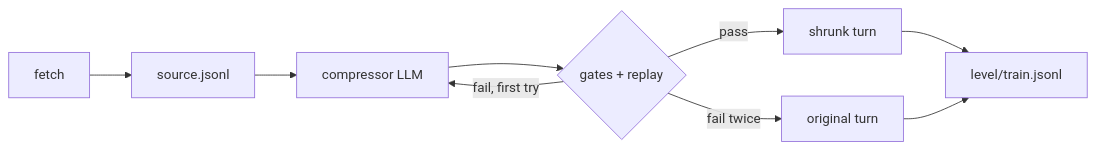
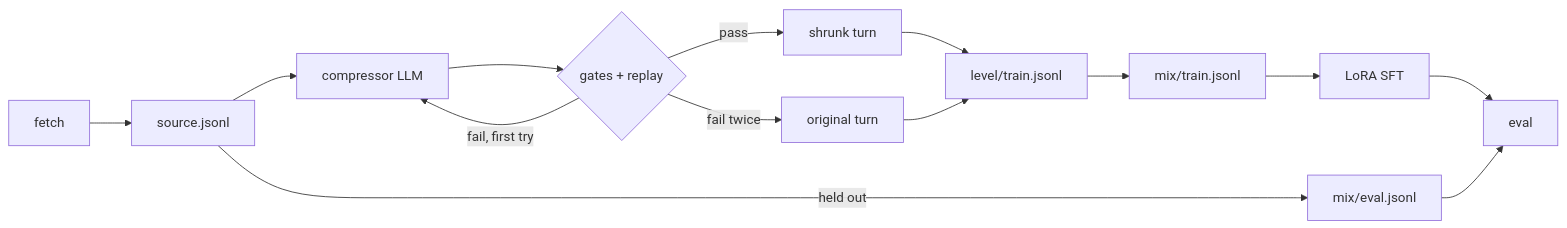
Before and after one commit to iamhaymc/agentic: the sixth of 6 diagrams in DESIGN.md, drawn with Mermaid. The commit also changed other lines of this file and 8 other files, not shown here.

````diff
--- a/DESIGN.md
+++ b/DESIGN.md
@@ -1594,11 +1594,16 @@
 ```mermaid
 flowchart LR
   F[fetch] --> S[source.jsonl]
   S --> C[compressor LLM]
   C --> G{gates + replay}
   G -- fail, first try --> C
   G -- pass --> K[shrunk turn]
   G -- fail twice --> O[original turn]
   K --> T["level/train.jsonl"]
   O --> T
+  T --> M["mix/train.jsonl"]
+  S -- held out --> V["mix/eval.jsonl"]
+  M --> L[LoRA SFT]
+  L --> E[eval]
+  V --> E
 ```
````
